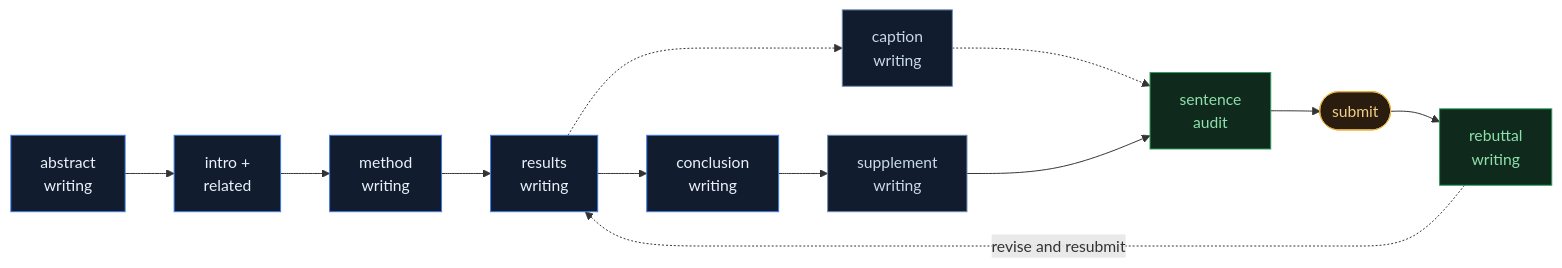
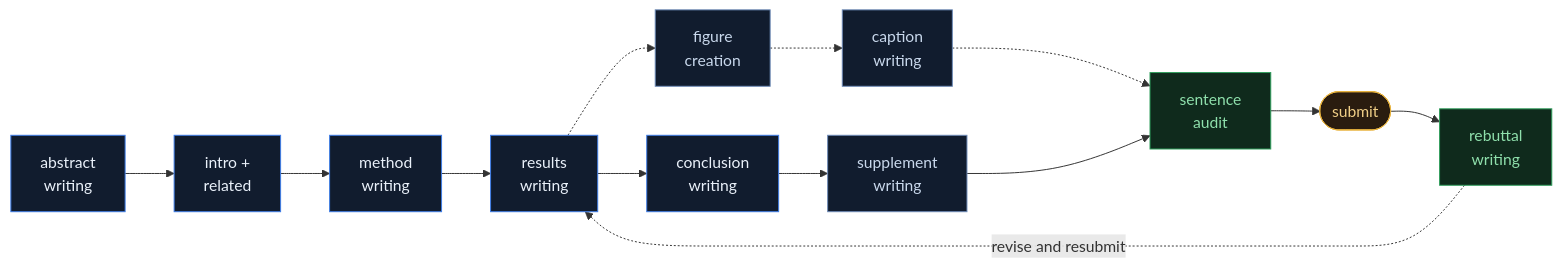
The diagram in README.md (Alexyskoutnev/research-skills), drawn with Mermaid before and after one commit. The commit also changed other lines of this file and 7 other files, not shown here.

Commit message:
add figure-creation skill (Figma and matplotlib tracks, venue rules, sourced); drop external repo reference; counts to ten

````diff
--- a/README.md
+++ b/README.md
@@ -125,23 +126,24 @@
 ```mermaid
 flowchart LR
     A["abstract<br/>writing"] --> B["intro +<br/>related"]
     B --> C["method<br/>writing"]
     C --> D["results<br/>writing"]
     D --> E["conclusion<br/>writing"]
-    D -.-> F["caption<br/>writing"]
+    D -.-> P["figure<br/>creation"]
+    P -.-> F["caption<br/>writing"]
     E --> G["supplement<br/>writing"]
     F -.-> H
     G --> H["sentence<br/>audit"]
     H --> S(["submit"])
     S --> R["rebuttal<br/>writing"]
     R -.->|revise and resubmit| D
 
     classDef build fill:#111C2E,stroke:#3E7DE8,color:#EAF1FA
     classDef evid  fill:#111C2E,stroke:#6E8BB8,color:#C9D8EC
     classDef ship  fill:#0F2A1C,stroke:#2E9E5B,color:#8FE0AC
     classDef gate  fill:#2A1C0F,stroke:#E8B33E,color:#F0CE86
     class A,B,C,D,E build
-    class F,G evid
+    class F,G,P evid
     class H,R ship
     class S gate
 ```
````
